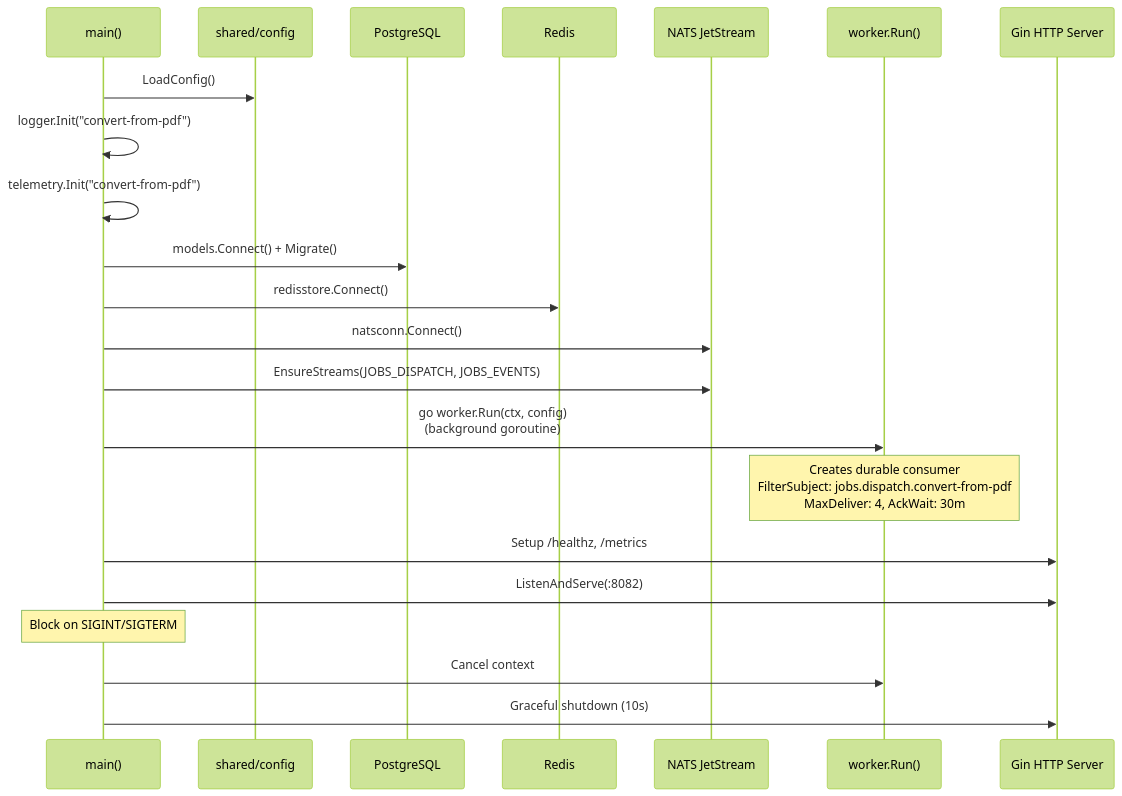
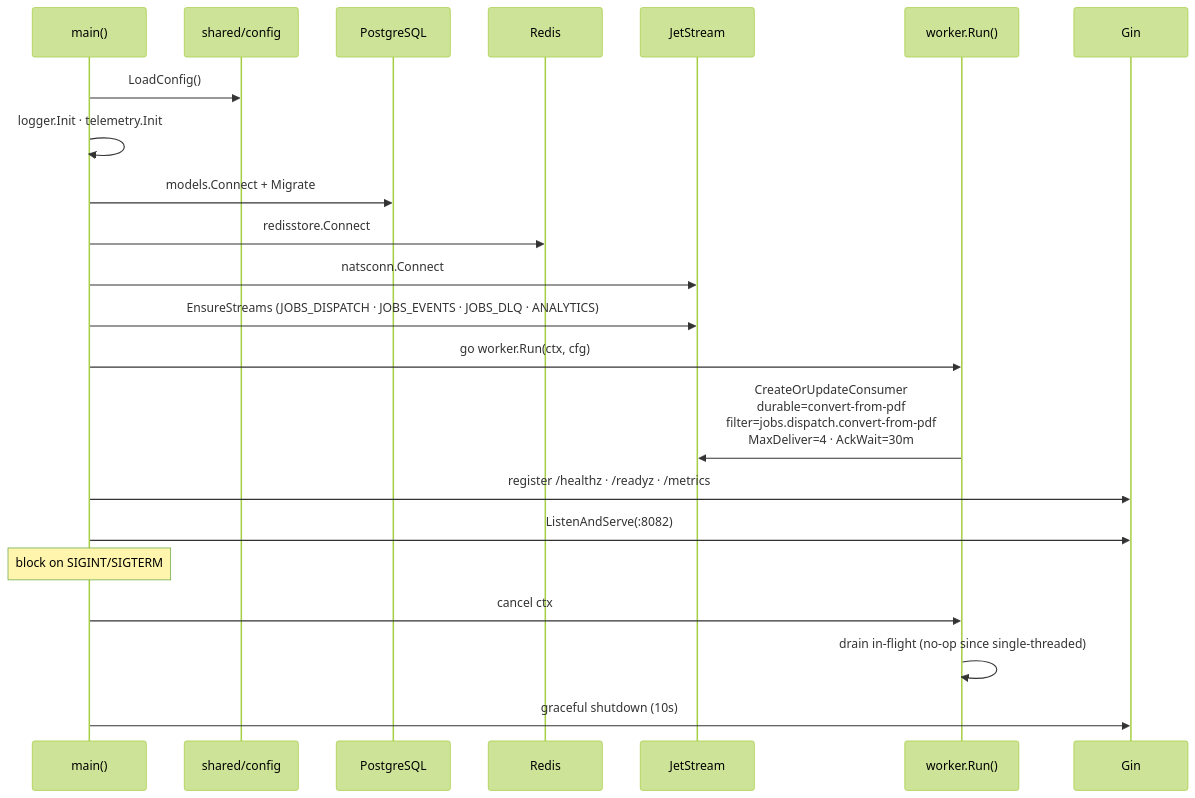
One commit to Prachidubey2003/fyredocs_backend changed the fifth of 6 diagrams in docs/developer/mermaid/service-convert-from-pdf-sequence.md. Above: the diagram before and after it, drawn with Mermaid (forest theme). The commit also changed other lines of this file and 39 other files, not shown here.

Commit message:
Refactor PDF services to use NATS JetStream for job dispatch and event publishing; enhance documentation for OPTIMIZE_PDF and ORGANIZE_PDF services; remove deprecated UPLOAD_SERVICE documentation; update OpenAPI spec for improved clarity and accuracy.

````diff
--- a/docs/developer/mermaid/service-convert-from-pdf-sequence.md
+++ b/docs/developer/mermaid/service-convert-from-pdf-sequence.md
@@ -108,29 +114,25 @@
 ```mermaid
 sequenceDiagram
     participant Main as main()
-    participant Config as shared/config
+    participant Cfg as shared/config
     participant DB as PostgreSQL
     participant Redis
-    participant NATS as NATS JetStream
-    participant Worker as worker.Run()
-    participant Gin as Gin HTTP Server
+    participant NATS as JetStream
+    participant W as worker.Run()
+    participant Gin
 
-    Main->>Config: LoadConfig()
-    Main->>Main: logger.Init("convert-from-pdf")
-    Main->>Main: telemetry.Init("convert-from-pdf")
-    Main->>DB: models.Connect() + Migrate()
-    Main->>Redis: redisstore.Connect()
-    Main->>NATS: natsconn.Connect()
-    Main->>NATS: EnsureStreams(JOBS_DISPATCH, JOBS_EVENTS)
-
-    Main->>Worker: go worker.Run(ctx, config)<br/>(background goroutine)
-
-    Note over Worker: Creates durable consumer<br/>FilterSubject: jobs.dispatch.convert-from-pdf<br/>MaxDeliver: 4, AckWait: 30m
-
-    Main->>Gin: Setup /healthz, /metrics
+    Main->>Cfg: LoadConfig()
+    Main->>Main: logger.Init · telemetry.Init
+    Main->>DB: models.Connect + Migrate
+    Main->>Redis: redisstore.Connect
+    Main->>NATS: natsconn.Connect
+    Main->>NATS: EnsureStreams (JOBS_DISPATCH · JOBS_EVENTS · JOBS_DLQ · ANALYTICS)
+    Main->>W: go worker.Run(ctx, cfg)
+    W->>NATS: CreateOrUpdateConsumer<br/>durable=convert-from-pdf<br/>filter=jobs.dispatch.convert-from-pdf<br/>MaxDeliver=4 · AckWait=30m
+    Main->>Gin: register /healthz · /readyz · /metrics
     Main->>Gin: ListenAndServe(:8082)
-
-    Note over Main: Block on SIGINT/SIGTERM
-    Main->>Worker: Cancel context
-    Main->>Gin: Graceful shutdown (10s)
+    Note over Main: block on SIGINT/SIGTERM
+    Main->>W: cancel ctx
+    W->>W: drain in-flight (no-op since single-threaded)
+    Main->>Gin: graceful shutdown (10s)
 ```
````
